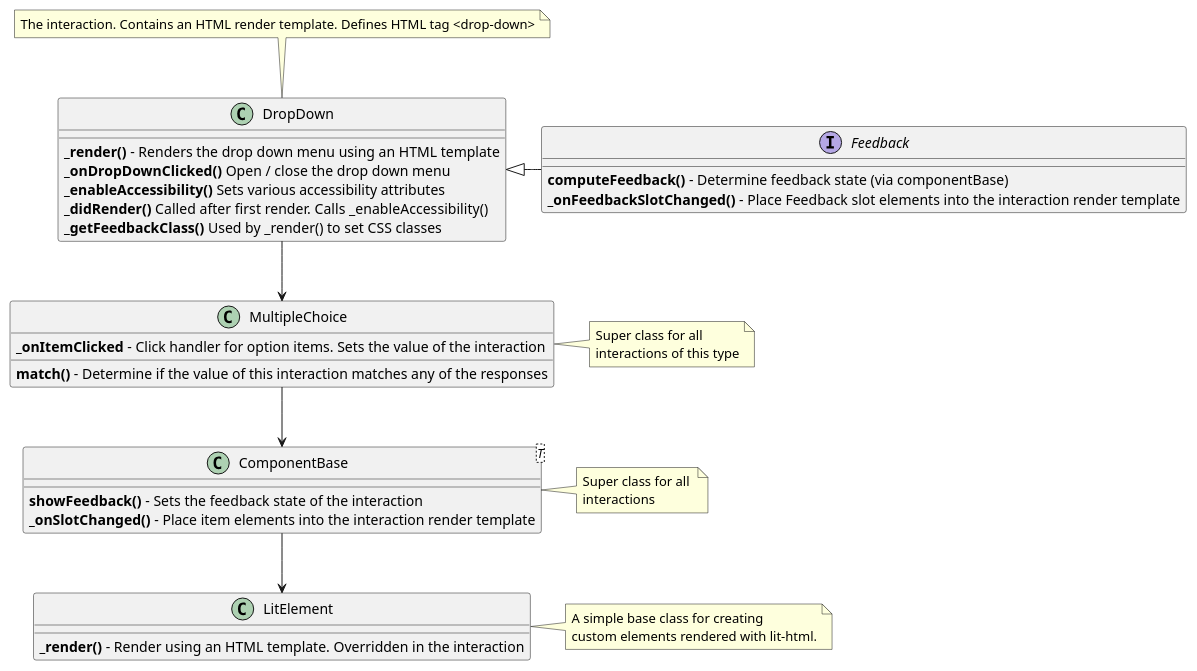
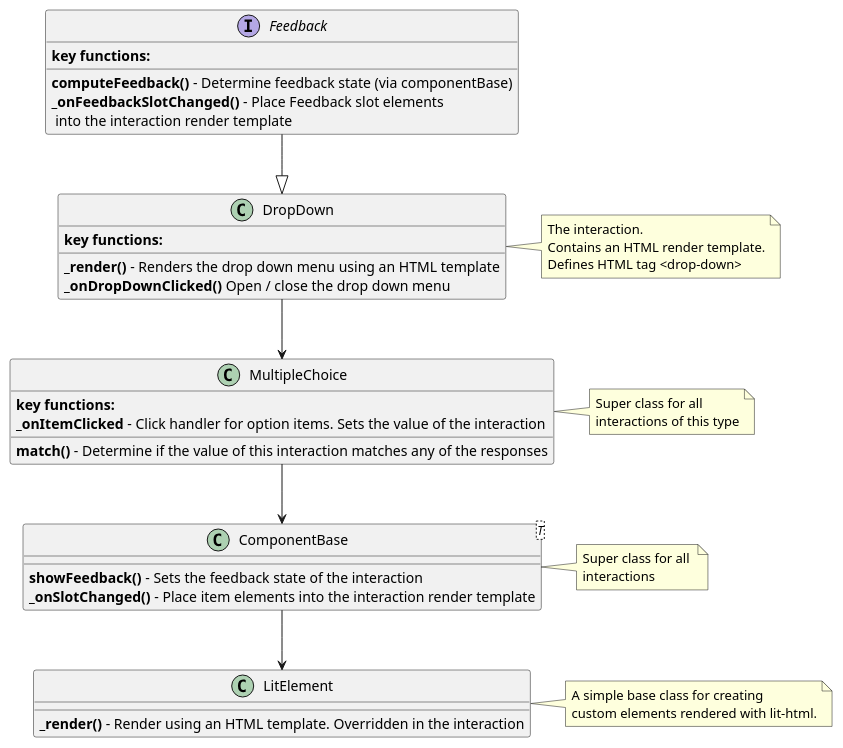
Before and after one commit to lulzzz/mtl-assessment-components: the diagram in packages/drop-down/uml.wsd, drawn with PlantUML.

Commit message:
UML tweaks

```diff
--- a/packages/drop-down/uml.wsd
+++ b/packages/drop-down/uml.wsd
@@ -1,40 +1,40 @@
 @startuml drop-down
 
-interface Feedback
-
 interface Feedback {
+    <b>key functions:</b>
     <b>computeFeedback()</b> - Determine feedback state (via componentBase)
-    <b>_onFeedbackSlotChanged()</b> - Place Feedback slot elements into the interaction render template
+    <b>_onFeedbackSlotChanged()</b> - Place Feedback slot elements\n into the interaction render template
 }
 
-DropDown <|- Feedback
+Feedback --|> DropDown
 
-note top  of DropDown : The interaction. Contains an HTML render template. Defines HTML tag <drop-down>  
+note right of DropDown : The interaction.\nContains an HTML render template.\nDefines HTML tag <drop-down>  
+class DropDown {
+    <b>key functions:</b>
+    <b>_render()</b> - Renders the drop down menu using an HTML template
+    <b>_onDropDownClicked()</b> Open / close the drop down menu
+}
 
-DropDown : <b>_render()</b> - Renders the drop down menu using an HTML template
-DropDown : <b>_onDropDownClicked()</b> Open / close the drop down menu
-DropDown : <b>_enableAccessibility()</b> Sets various accessibility attributes
-DropDown : <b>_didRender()</b> Called after first render. Calls _enableAccessibility()
-DropDown : <b>_getFeedbackClass()</b> Used by _render() to set CSS classes
+DropDown --> MultipleChoice
+note right of MultipleChoice : Super class for all \ninteractions of this type 
+class MultipleChoice {
+    <b>key functions:</b>
+    <b>_onItemClicked</b> - Click handler for option items. Sets the value of the interaction
+    <b>match()</b> - Determine if the value of this interaction matches any of the responses
+}
+
+MultipleChoice --> ComponentBase
+note right of ComponentBase: Super class for all \ninteractions
+class ComponentBase<T> {
+    <b>showFeedback()</b> - Sets the feedback state of the interaction
+    <b>_onSlotChanged()</b> - Place item elements into the interaction render template
+}
+
+ComponentBase --> LitElement
+note right of LitElement: A simple base class for creating\ncustom elements rendered with lit-html.
+class LitElement {
+    <b>_render()</b> - Render using an HTML template. Overridden in the interaction
+}
 
 
-DropDown --> MultipleChoice
-note right : Super class for all \ninteractions of this type 
-
-MultipleChoice : <b>_onItemClicked</b> - Click handler for option items. Sets the value of the interaction
-MultipleChoice : <b>match()</b> - Determine if the value of this interaction matches any of the responses
-
-MultipleChoice --> ComponentBase
-
-class ComponentBase<T>
-note right : Super class for all \ninteractions
-
-ComponentBase : <b>showFeedback()</b> - Sets the feedback state of the interaction
-ComponentBase : <b>_onSlotChanged()</b> - Place item elements into the interaction render template
-
-ComponentBase --> LitElement
-note right : A simple base class for creating\ncustom elements rendered with lit-html.
-
-LitElement : <b>_render()</b> - Render using an HTML template. Overridden in the interaction
-
 @enduml
```
